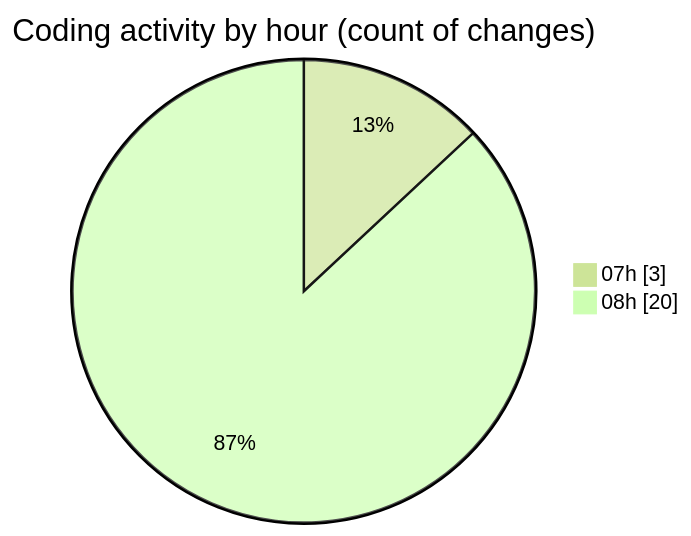
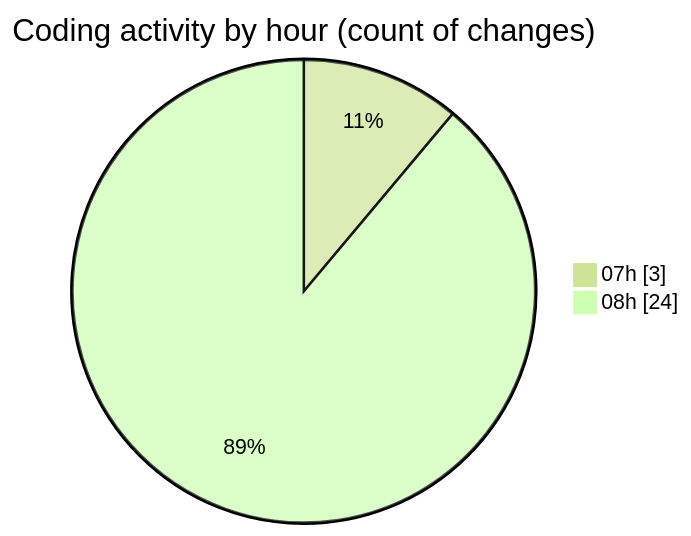
One commit to MatusMokan/code-tracking changed the second of 2 diagrams in 2025-05-07/myws__workspace_/README.md. Above: the diagram before and after it, drawn with Mermaid (forest theme). The commit also changed other lines of this file and 1 other file, not shown here.

````diff
--- a/2025-05-07/myws__workspace_/README.md
+++ b/2025-05-07/myws__workspace_/README.md
@@ -28,6 +28,6 @@
 ```mermaid
 pie showData
 title Coding activity by hour (count of changes)
 "07h" : 3
-"08h" : 20
+"08h" : 24
 ```
````
